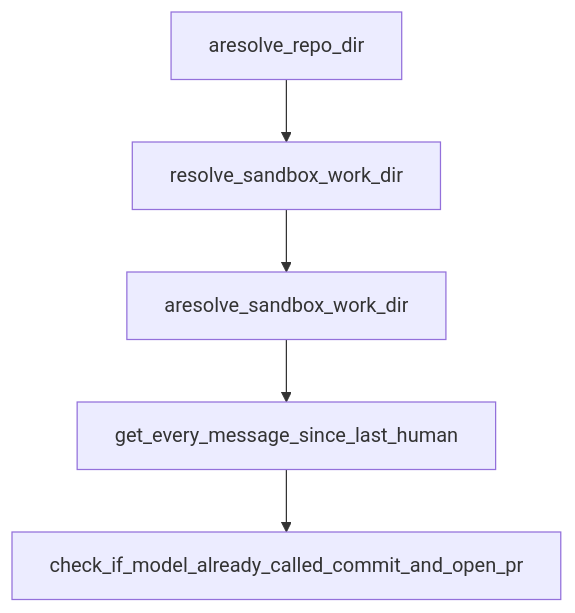
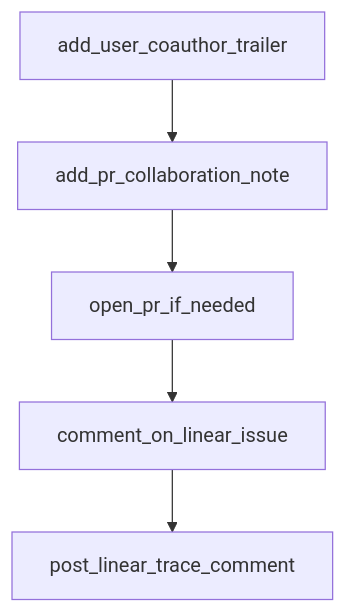
The diagram in tutorials/open-swe-tutorial/07-fork-maintenance-and-migration-strategy.md (johnxie/awesome-code-docs), drawn with Mermaid before and after one commit. The commit also changed other lines of this file and 1232 other files, not shown here.

````diff
--- a/tutorials/open-swe-tutorial/07-fork-maintenance-and-migration-strategy.md
+++ b/tutorials/open-swe-tutorial/07-fork-maintenance-and-migration-strategy.md
@@ -213,12 +202,12 @@
 ```mermaid
 flowchart TD
-    A[aresolve_repo_dir]
-    B[resolve_sandbox_work_dir]
-    C[aresolve_sandbox_work_dir]
-    D[get_every_message_since_last_human]
-    E[check_if_model_already_called_commit_and_open_pr]
+    A[add_user_coauthor_trailer]
+    B[add_pr_collaboration_note]
+    C[open_pr_if_needed]
+    D[comment_on_linear_issue]
+    E[post_linear_trace_comment]
     A --> B
     B --> C
     C --> D
     D --> E
 ```
````
